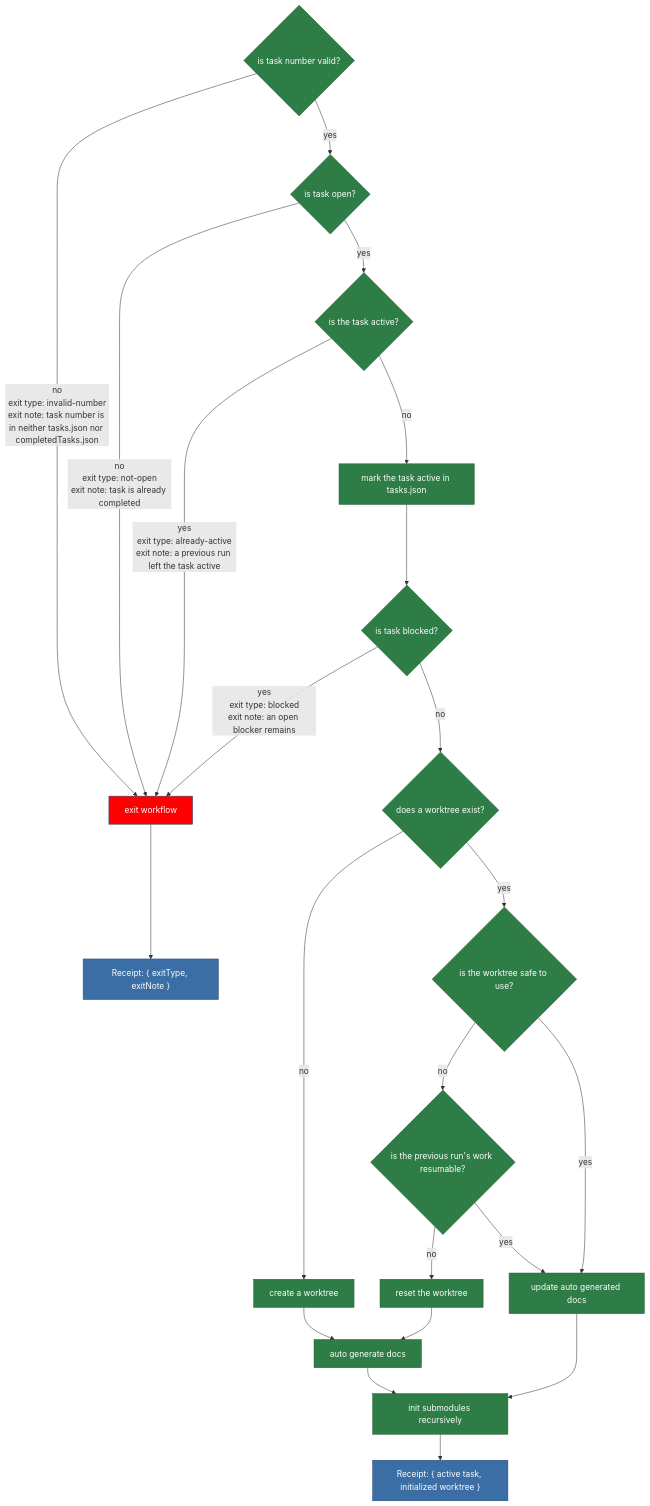
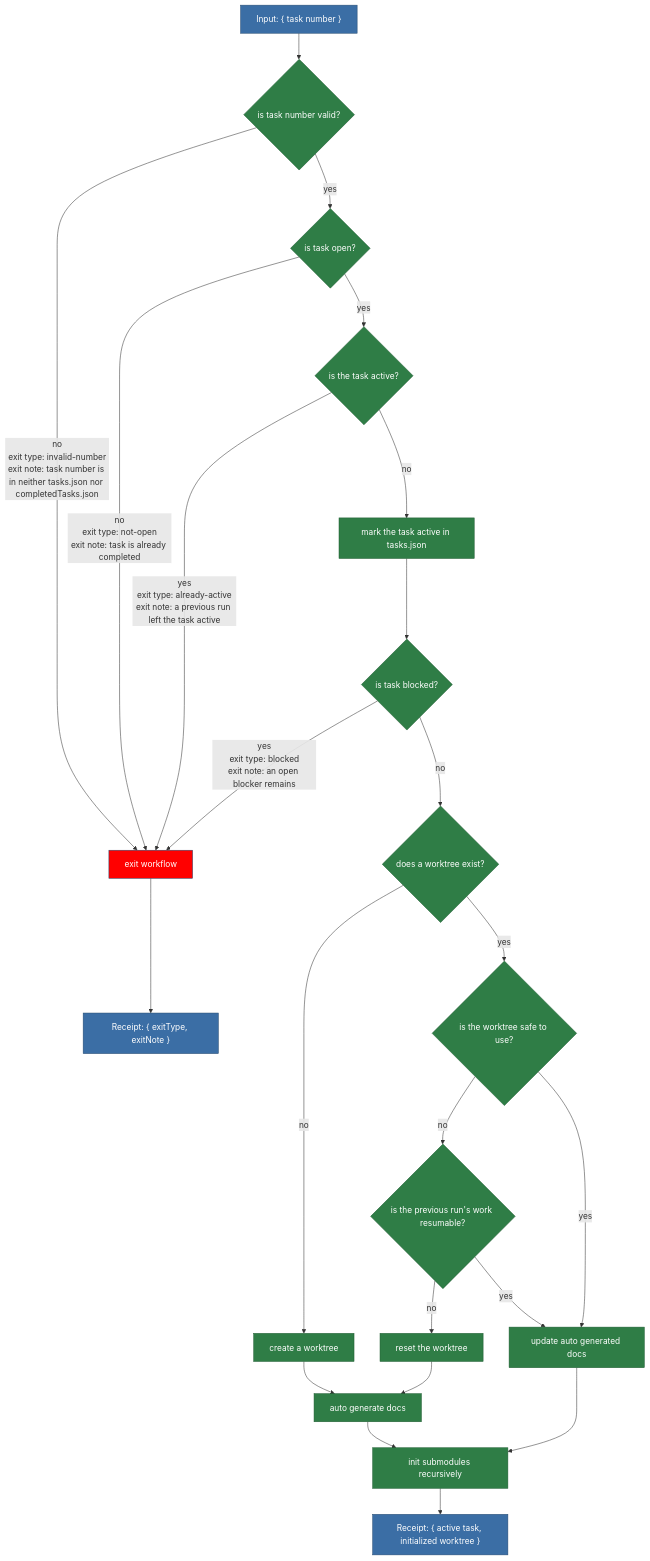
Before and after one commit to matkatmusic/taskTools: the diagram in plans/diagram/pipeline-preamble.mmd, drawn with Mermaid. The commit also changed 7 other files, not shown here.

```diff
--- a/plans/diagram/pipeline-preamble.mmd
+++ b/plans/diagram/pipeline-preamble.mmd
@@ -1,77 +1,78 @@
 flowchart TB
 %% PREAMBLE PIPELINE. Split from pipeline.mmd. Starts at the task number.
 %% Ends with an active task and an initialized worktree, or with an exit.
 %% Rules that apply everywhere, not steps:
 %%   1. Every git interaction goes through a script. Never prose.
 %%   2. Every read and write of tasks.json is atomic.
 %%   3. A script that fails operationally, as opposed to returning a verdict,
 %%      exits the run as run-failed. No step is retried after it has mutated
 %%      anything. How far the exit workflow can run depends on where the failure
 %%      happened, and there are three cases in this phase:
 %%        before the task is active - report and stop; there is no run to write to
 %%        active, no worktree      - exit workflow runs; modified files records []
 %%        active, with worktree    - exit workflow runs in full
 %%   4. A mutating box whose result is lost is never blindly retried and never
 %%      assumed failed. Each one has a read-only reconciliation check that reads
 %%      the world and decides whether it already happened. A safe idempotent
 %%      rerun happens only after reconciliation proves it did not complete. Only
 %%      an ambiguous loss is run-failed.
 %%   5. A task stays unavailable to another run from "mark the task active" until its
 %%      archive lands. "is the task active?" and "mark the task active" are drawn as two
 %%      boxes but are one atomic read-modify-write of tasks.json under rule 2: nothing can
 %%      make the task active between the two.
 %% Diamond definitions where the name alone is not enough:
 %%   is the worktree safe to use?      - structural: it opens, it is on the task's
 %%                                       branch, its submodules are intact
 %%   is the previous run's work resumable?
 %%                                     - did the previous implementor record where
 %%                                       in the plan it stopped?
 %% Exit types this pipeline can produce:
 %%   invalid-number     - not in tasks.json or completedTasks.json
 %%   not-open           - already completed
 %%   already-active     - a previous run left the task active
 %%   blocked            - an open blocker remains
 %%   run-failed         - a script failed operationally
 %% run-failed is deliberately not drawn as an edge. It can leave ANY green box,
 %% so drawing it would add one edge per box and hide the flow. Rule 3 is its
 %% specification: a non-zero exit from any script goes straight to the exit
 %% workflow with exit type run-failed and the script's stderr as the note.
 %% Every exit here goes to the exit workflow, which picks its own tail.
 %% invalid-number, not-open and already-active are the only exits that write
 %% nothing to tasks.json: the first two have no open task record to write to, and
 %% the third must not touch a run that belongs to another invocation. The exit
 %% workflow gives those three its report-only tail; blocked and run-failed get
 %% the full tail. That choice is drawn there, not here.
 %% The active task and initialized worktree this pipeline emits are the input to
 %% the planning pipeline.
 
+  TASKNUM["Input: { task number }"] --> QV
   QV{"is task number valid?"} -- "no<br/>exit type: invalid-number<br/>exit note: task number is in neither tasks.json nor completedTasks.json" --> EXITWF
   QV -- yes --> Q0{"is task open?"}
   Q0 -- "no<br/>exit type: not-open<br/>exit note: task is already completed" --> EXITWF
   Q0 -- yes --> QA{"is the task active?"}
   QA -- "yes<br/>exit type: already-active<br/>exit note: a previous run left the task active" --> EXITWF
   QA -- no --> MARK["mark the task active in tasks.json"]
   MARK --> QB{"is task blocked?"}
   QB -- "yes<br/>exit type: blocked<br/>exit note: an open blocker remains" --> EXITWF
   QB -- no --> Q1{"does a worktree exist?"}
   Q1 -- no --> NEW["create a worktree"]
   NEW --> GEN["auto generate docs"]
   GEN --> INIT
   Q1 -- yes --> QS{"is the worktree safe to use?"}
   QS -- no --> QRS{"is the previous run's work resumable?"}
   QRS -- no --> RESET["reset the worktree"]
   RESET --> GEN
   QRS -- yes --> UPD
   QS -- yes --> UPD["update auto generated docs"]
   UPD --> INIT["init submodules recursively"]
   INIT --> RECEIPT["Receipt: { active task, initialized worktree }"]
 
   EXITWF["exit workflow"] --> FAIL_RECEIPT["Receipt: { exitType, exitNote }" ]
 
   classDef script fill:#2f7d46,stroke:#1e5c31,color:#ffffff
   classDef prose fill:#e0b400,stroke:#a88600,color:#1a1a1a
   classDef output fill:#3b6ea5,stroke:#254a70,color:#ffffff
   classDef fail fill:red,stroke:#254a70,color:#ffffff
   class QV,Q0,QA,MARK,QB,Q1,NEW,GEN,QS,QRS,RESET,UPD,INIT script
   class EXITWF fail
-  class RECEIPT,FAIL_RECEIPT output
+  class TASKNUM,RECEIPT,FAIL_RECEIPT output
```
